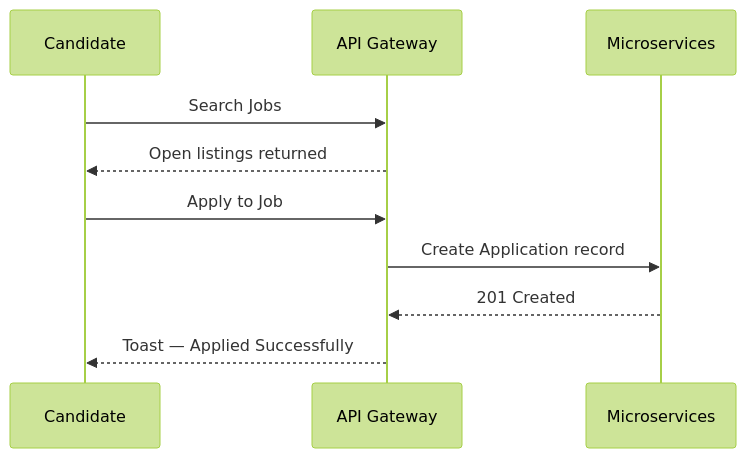
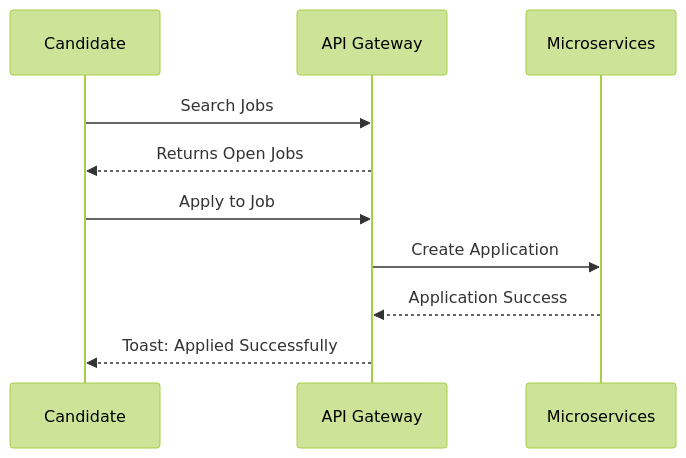
One commit to Adarsh-Mishra05/HireConnect-Frontend changed the second of 2 diagrams in README.md. Above: the diagram before and after it, drawn with Mermaid (forest theme). The commit also changed other lines of this file and 23 other files, not shown here.

````diff
--- a/README.md
+++ b/README.md
@@ -105,13 +80,13 @@
 ```mermaid
 sequenceDiagram
     participant C as Candidate
     participant G as API Gateway
     participant S as Microservices
-
+    
     C->>G: Search Jobs
-    G-->>C: Open listings returned
+    G-->>C: Returns Open Jobs
     C->>G: Apply to Job
-    G->>S: Create Application record
-    S-->>G: 201 Created
-    G-->>C: Toast — Applied Successfully
+    G->>S: Create Application
+    S-->>G: Application Success
+    G-->>C: Toast: Applied Successfully
 ```
````
